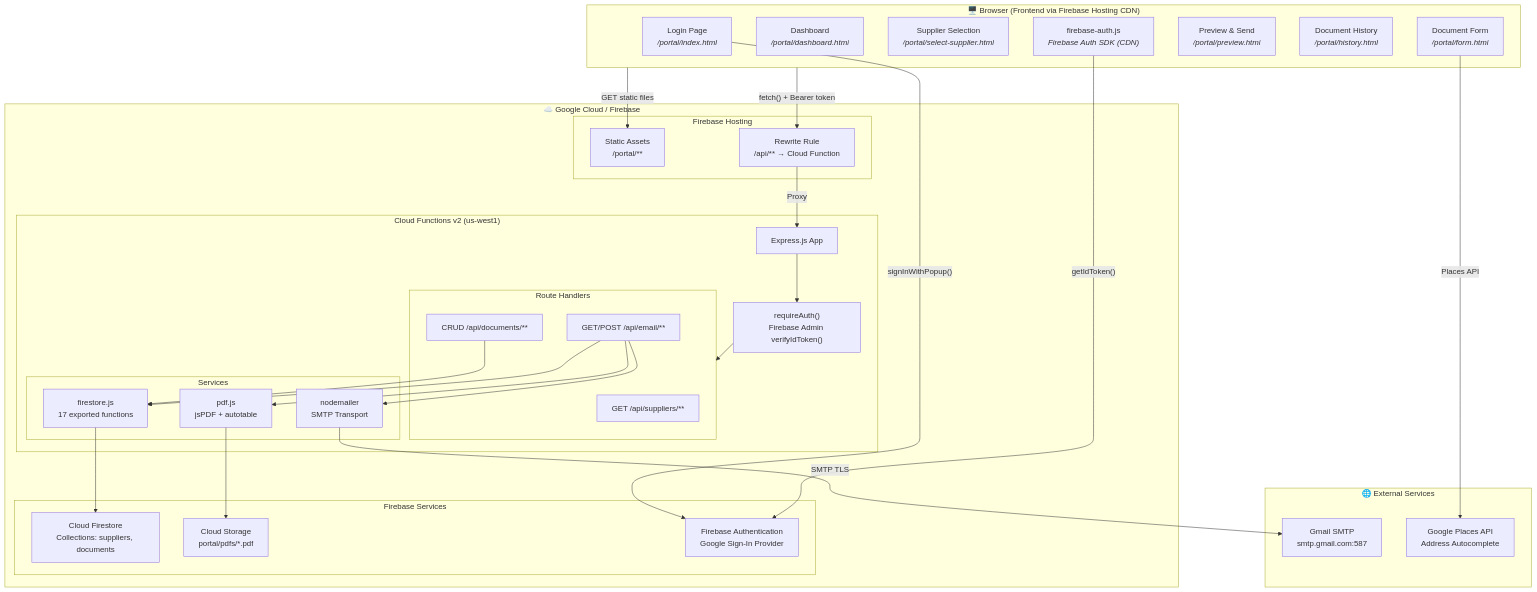
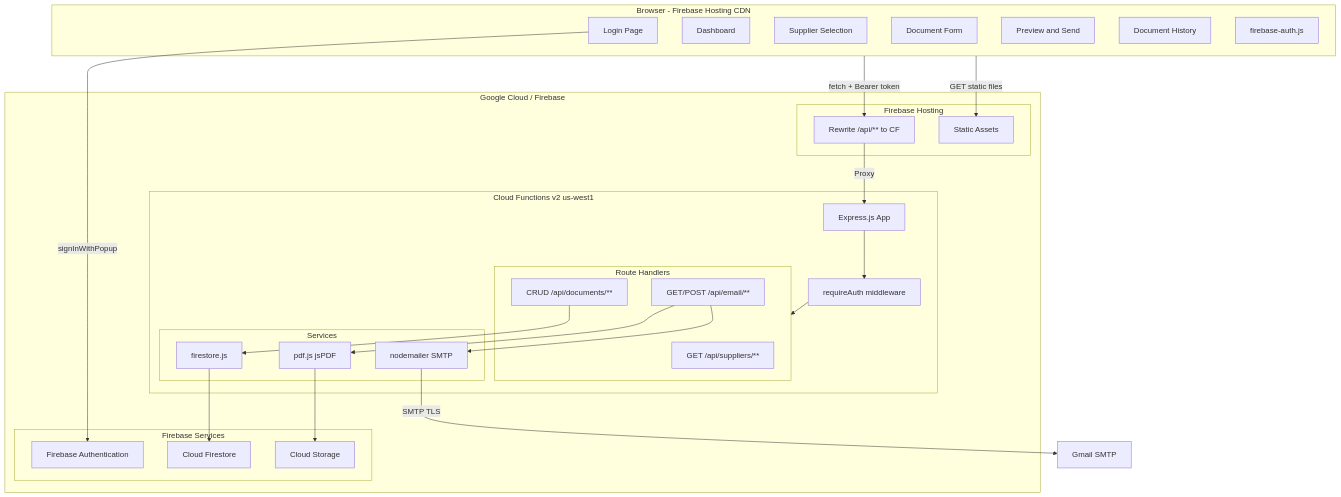
Before and after one commit to Skippy-code-604/westernwindows-ca: the first of 6 diagrams in ww_portal_enterprise_docs.md, drawn with Mermaid. The commit also changed other lines of this file and 7 other files, not shown here.

First line of the commit message:
feat: Google Drive auto-export for PDFs on send

````diff
--- a/ww_portal_enterprise_docs.md
+++ b/ww_portal_enterprise_docs.md
@@ -91,60 +94,52 @@
 ```mermaid
 graph TB
-  subgraph CLIENT["🖥️ Browser (Frontend via Firebase Hosting CDN)"]
-    LOGIN["Login Page<br><i>/portal/index.html</i>"]
-    DASHBOARD["Dashboard<br><i>/portal/dashboard.html</i>"]
-    SUPPLIER_SELECT["Supplier Selection<br><i>/portal/select-supplier.html</i>"]
-    DOC_FORM["Document Form<br><i>/portal/form.html</i>"]
-    DOC_PREVIEW["Preview & Send<br><i>/portal/preview.html</i>"]
-    DOC_HISTORY["Document History<br><i>/portal/history.html</i>"]
-    FA["firebase-auth.js<br><i>Firebase Auth SDK (CDN)</i>"]
+  subgraph CLIENT["Browser - Firebase Hosting CDN"]
+    LOGIN["Login Page"]
+    DASHBOARD["Dashboard"]
+    SUPPLIER_SELECT["Supplier Selection"]
+    DOC_FORM["Document Form"]
+    DOC_PREVIEW["Preview and Send"]
+    DOC_HISTORY["Document History"]
+    FA["firebase-auth.js"]
   end
 
-  subgraph FIREBASE["☁️ Google Cloud / Firebase"]
+  subgraph FIREBASE["Google Cloud / Firebase"]
     subgraph HOSTING["Firebase Hosting"]
-      STATIC["Static Assets<br>/portal/**"]
-      REWRITE["Rewrite Rule<br>/api/** → Cloud Function"]
+      STATIC["Static Assets"]
+      REWRITE["Rewrite /api/** to CF"]
     end
 
-    subgraph CF["Cloud Functions v2 (us-west1)"]
+    subgraph CF["Cloud Functions v2 us-west1"]
       EXPRESS["Express.js App"]
-      AUTH_MW["requireAuth()<br>Firebase Admin verifyIdToken()"]
+      AUTH_MW["requireAuth middleware"]
       subgraph ROUTES["Route Handlers"]
         R_SUP["GET /api/suppliers/**"]
         R_DOC["CRUD /api/documents/**"]
         R_EMAIL["GET/POST /api/email/**"]
       end
       subgraph SERVICES["Services"]
-        FIRESTORE_SVC["firestore.js<br>17 exported functions"]
-        PDF_SVC["pdf.js<br>jsPDF + autotable"]
-        EMAIL_SVC["nodemailer<br>SMTP Transport"]
+        FIRESTORE_SVC["firestore.js"]
+        PDF_SVC["pdf.js jsPDF"]
+        EMAIL_SVC["nodemailer SMTP"]
       end
     end
 
     subgraph STORAGE_LAYER["Firebase Services"]
-      FIRESTORE_DB["Cloud Firestore<br>Collections: suppliers, documents"]
-      CLOUD_STORAGE["Cloud Storage<br>portal/pdfs/*.pdf"]
-      FIREBASE_AUTH["Firebase Authentication<br>Google Sign-In Provider"]
+      FIRESTORE_DB["Cloud Firestore"]
+      CLOUD_STORAGE["Cloud Storage"]
+      FIREBASE_AUTH["Firebase Authentication"]
     end
   end
 
-  subgraph EXTERNAL["🌐 External Services"]
-    GMAIL_SMTP["Gmail SMTP<br>smtp.gmail.com:587"]
-    GOOGLE_PLACES["Google Places API<br>Address Autocomplete"]
-  end
-
-  CLIENT -->|"fetch() + Bearer token"| REWRITE
+  CLIENT -->|"fetch + Bearer token"| REWRITE
   CLIENT -->|"GET static files"| STATIC
-  LOGIN -->|"signInWithPopup()"| FIREBASE_AUTH
-  FA -->|"getIdToken()"| FIREBASE_AUTH
+  LOGIN -->|"signInWithPopup"| FIREBASE_AUTH
   REWRITE -->|"Proxy"| EXPRESS
   EXPRESS --> AUTH_MW --> ROUTES
   R_DOC --> FIRESTORE_SVC
   R_EMAIL --> PDF_SVC
   R_EMAIL --> EMAIL_SVC
-  R_EMAIL --> FIRESTORE_SVC
   FIRESTORE_SVC --> FIRESTORE_DB
   PDF_SVC --> CLOUD_STORAGE
-  EMAIL_SVC -->|"SMTP TLS"| GMAIL_SMTP
-  DOC_FORM -->|"Places API"| GOOGLE_PLACES
+  EMAIL_SVC -->|"SMTP TLS"| GMAIL_SMTP["Gmail SMTP"]
 ```
````
